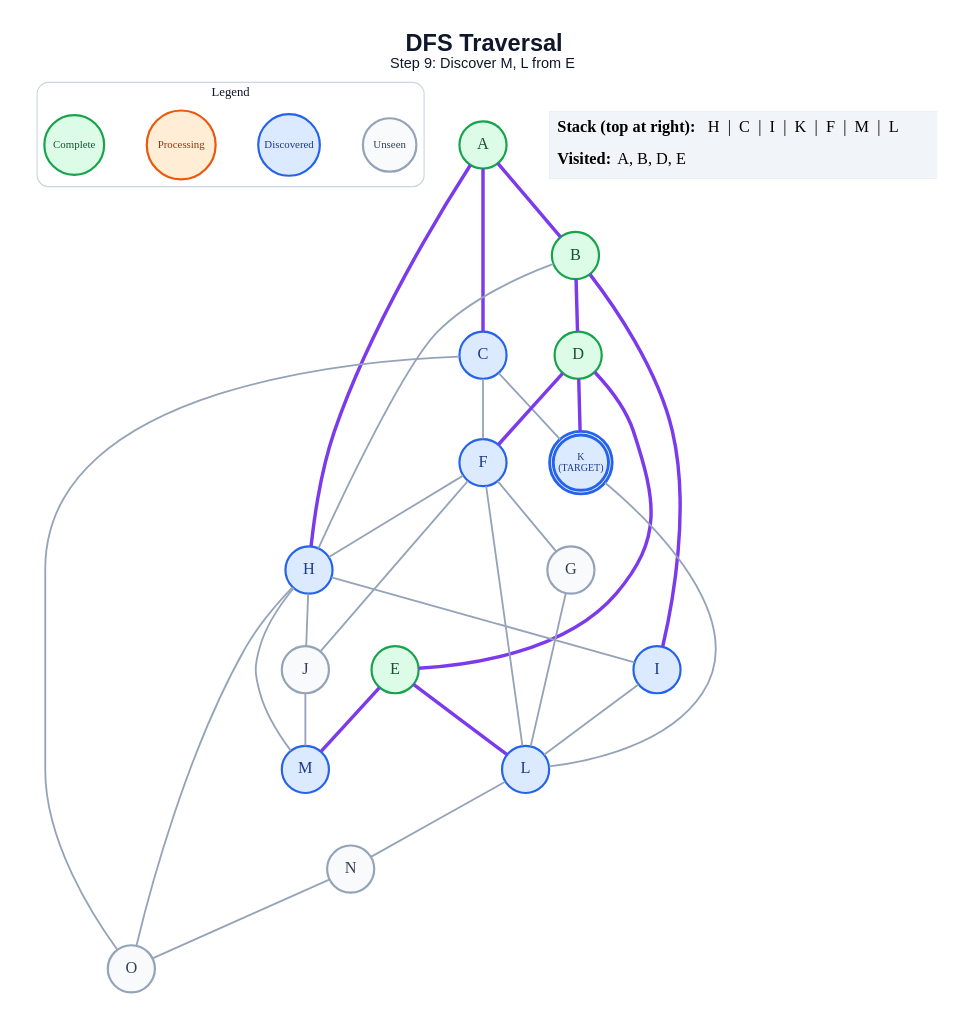
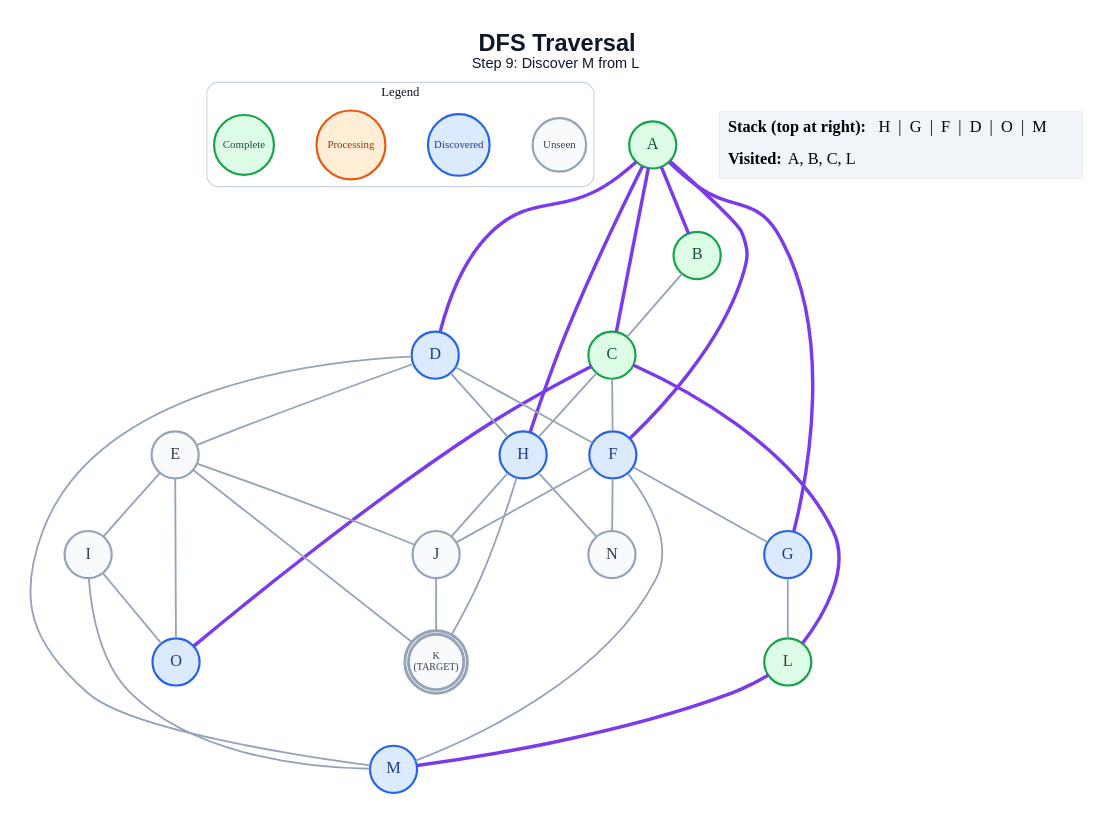
The diagram in generated/specific-node/dfs/step_09.dot (anon7238593-create/ai-slop), drawn with Graphviz before and after one commit. The commit also changed 291 other files, not shown here.

```diff
--- a/generated/specific-node/dfs/step_09.dot
+++ b/generated/specific-node/dfs/step_09.dot
@@ -1,62 +1,65 @@
 graph traversal {
   graph [layout=dot, rankdir=TB, bgcolor="#FFFFFF", pad="0.35", nodesep="0.65", ranksep="0.8", fontname="Arial"];
   node [shape=circle, style="filled", fontname="Arial Bold", fontsize=18, width=0.72, fixedsize=true, penwidth=2.4];
   edge [color="#94A3B8", penwidth=2.0];
-  label=<<B>DFS Traversal</B><BR/><FONT POINT-SIZE="16">Step 9: Discover M, L from E</FONT>>; labelloc="t"; fontsize=26; fontname="Arial"; fontcolor="#0F172A";
+  label=<<B>DFS Traversal</B><BR/><FONT POINT-SIZE="16">Step 9: Discover M from L</FONT>>; labelloc="t"; fontsize=26; fontname="Arial"; fontcolor="#0F172A";
   subgraph cluster_legend { label="Legend"; color="#CBD5E1"; penwidth=1.2; style="rounded"; fontsize=14; fontname="Arial Bold";
     key_unseen [label="Unseen", fillcolor="#F8FAFC", color="#94A3B8", fontcolor="#334155", fontsize=12, width=0.82];
     key_frontier [label="Discovered", fillcolor="#DBEAFE", color="#2563EB", fontcolor="#1E3A8A", fontsize=12, width=0.95];
     key_current [label="Processing", fillcolor="#FFEDD5", color="#EA580C", fontcolor="#9A3412", fontsize=12, width=1.05];
     key_done [label="Complete", fillcolor="#DCFCE7", color="#16A34A", fontcolor="#14532D", fontsize=12, width=0.92];
     { rank=same; key_unseen; key_frontier; key_current; key_done; }
   }
   A [label="A", fillcolor="#DCFCE7", color="#16A34A", fontcolor="#14532D", peripheries=1, penwidth=2.4];
   B [label="B", fillcolor="#DCFCE7", color="#16A34A", fontcolor="#14532D", peripheries=1, penwidth=2.4];
-  C [label="C", fillcolor="#DBEAFE", color="#2563EB", fontcolor="#1E3A8A", peripheries=1, penwidth=2.4];
-  D [label="D", fillcolor="#DCFCE7", color="#16A34A", fontcolor="#14532D", peripheries=1, penwidth=2.4];
-  E [label="E", fillcolor="#DCFCE7", color="#16A34A", fontcolor="#14532D", peripheries=1, penwidth=2.4];
+  C [label="C", fillcolor="#DCFCE7", color="#16A34A", fontcolor="#14532D", peripheries=1, penwidth=2.4];
+  D [label="D", fillcolor="#DBEAFE", color="#2563EB", fontcolor="#1E3A8A", peripheries=1, penwidth=2.4];
+  E [label="E", fillcolor="#F8FAFC", color="#94A3B8", fontcolor="#334155", peripheries=1, penwidth=2.4];
   F [label="F", fillcolor="#DBEAFE", color="#2563EB", fontcolor="#1E3A8A", peripheries=1, penwidth=2.4];
-  G [label="G", fillcolor="#F8FAFC", color="#94A3B8", fontcolor="#334155", peripheries=1, penwidth=2.4];
+  G [label="G", fillcolor="#DBEAFE", color="#2563EB", fontcolor="#1E3A8A", peripheries=1, penwidth=2.4];
   H [label="H", fillcolor="#DBEAFE", color="#2563EB", fontcolor="#1E3A8A", peripheries=1, penwidth=2.4];
-  I [label="I", fillcolor="#DBEAFE", color="#2563EB", fontcolor="#1E3A8A", peripheries=1, penwidth=2.4];
+  I [label="I", fillcolor="#F8FAFC", color="#94A3B8", fontcolor="#334155", peripheries=1, penwidth=2.4];
   J [label="J", fillcolor="#F8FAFC", color="#94A3B8", fontcolor="#334155", peripheries=1, penwidth=2.4];
-  K [label="K\n(TARGET)", fillcolor="#DBEAFE", color="#2563EB", fontcolor="#1E3A8A", peripheries=2, penwidth=3.2, fontsize=11, width=0.85, height=0.85];
-  L [label="L", fillcolor="#DBEAFE", color="#2563EB", fontcolor="#1E3A8A", peripheries=1, penwidth=2.4];
+  K [label="K\n(TARGET)", fillcolor="#F8FAFC", color="#94A3B8", fontcolor="#334155", peripheries=2, penwidth=3.2, fontsize=11, width=0.85, height=0.85];
+  L [label="L", fillcolor="#DCFCE7", color="#16A34A", fontcolor="#14532D", peripheries=1, penwidth=2.4];
   M [label="M", fillcolor="#DBEAFE", color="#2563EB", fontcolor="#1E3A8A", peripheries=1, penwidth=2.4];
   N [label="N", fillcolor="#F8FAFC", color="#94A3B8", fontcolor="#334155", peripheries=1, penwidth=2.4];
-  O [label="O", fillcolor="#F8FAFC", color="#94A3B8", fontcolor="#334155", peripheries=1, penwidth=2.4];
+  O [label="O", fillcolor="#DBEAFE", color="#2563EB", fontcolor="#1E3A8A", peripheries=1, penwidth=2.4];
   A -- B [color="#7C3AED", penwidth=3.8];
   A -- C [color="#7C3AED", penwidth=3.8];
+  A -- D [color="#7C3AED", penwidth=3.8];
+  A -- F [color="#7C3AED", penwidth=3.8];
+  A -- G [color="#7C3AED", penwidth=3.8];
   A -- H [color="#7C3AED", penwidth=3.8];
-  B -- D [color="#7C3AED", penwidth=3.8];
-  B -- H;
-  B -- I [color="#7C3AED", penwidth=3.8];
+  B -- C;
   C -- F;
-  C -- K;
-  C -- O;
-  D -- E [color="#7C3AED", penwidth=3.8];
-  D -- F [color="#7C3AED", penwidth=3.8];
-  D -- K [color="#7C3AED", penwidth=3.8];
-  E -- L [color="#7C3AED", penwidth=3.8];
-  E -- M [color="#7C3AED", penwidth=3.8];
+  C -- H;
+  C -- L [color="#7C3AED", penwidth=3.8];
+  C -- O [color="#7C3AED", penwidth=3.8];
+  D -- E;
+  D -- F;
+  D -- H;
+  D -- M;
+  E -- I;
+  E -- J;
+  E -- K;
+  E -- O;
   F -- G;
-  F -- H;
   F -- J;
-  F -- L;
+  F -- M;
+  F -- N;
   G -- L;
-  H -- I;
   H -- J;
-  H -- M;
-  H -- O;
-  I -- L;
-  J -- M;
-  K -- L;
-  L -- N;
-  N -- O;
+  H -- K;
+  H -- N;
+  I -- M;
+  I -- O;
+  J -- K;
+  L -- M [color="#7C3AED", penwidth=3.8];
   status [shape=plain, fixedsize=false, width=0, height=0, margin=0, label=<
     <TABLE BORDER="0" CELLBORDER="0" CELLPADDING="7" BGCOLOR="#F1F5F9">
-      <TR><TD ALIGN="LEFT"><B>Stack (top at right):</B> H  |  C  |  I  |  K  |  F  |  M  |  L</TD></TR>
-      <TR><TD ALIGN="LEFT"><B>Visited:</B> A, B, D, E</TD></TR>
+      <TR><TD ALIGN="LEFT"><B>Stack (top at right):</B> H  |  G  |  F  |  D  |  O  |  M</TD></TR>
+      <TR><TD ALIGN="LEFT"><B>Visited:</B> A, B, C, L</TD></TR>
     </TABLE>
   >];
 }
```
